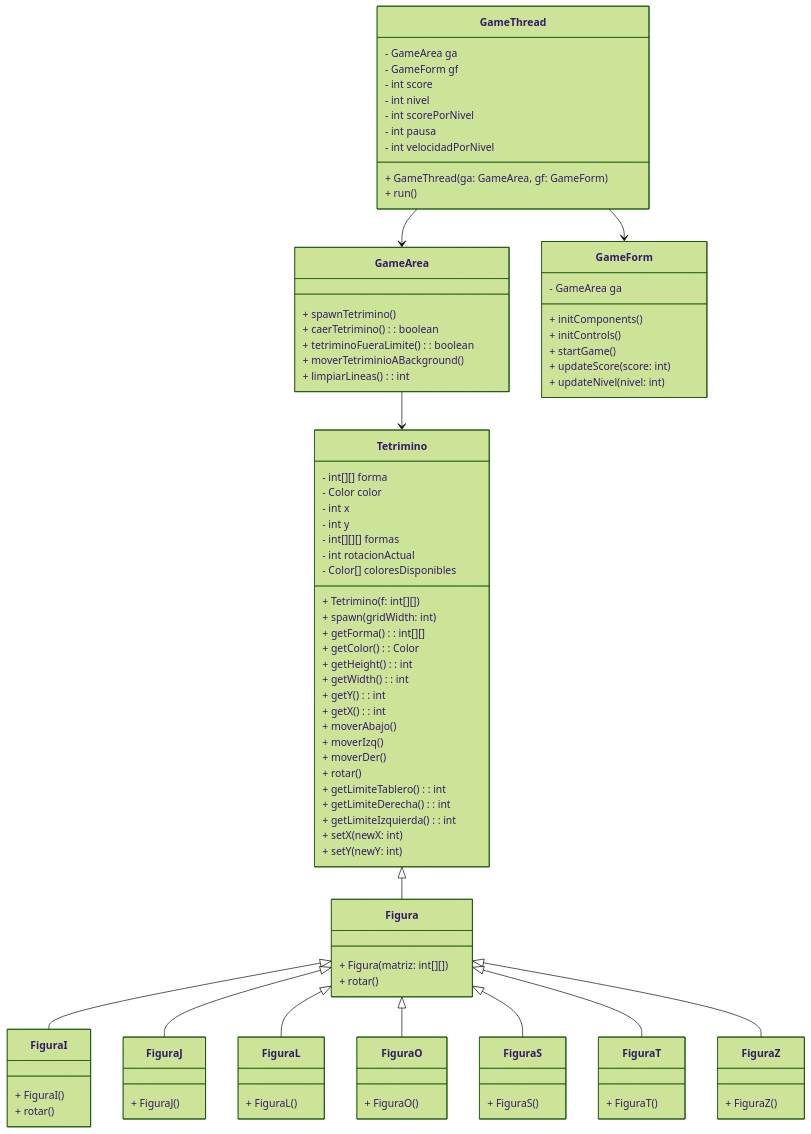
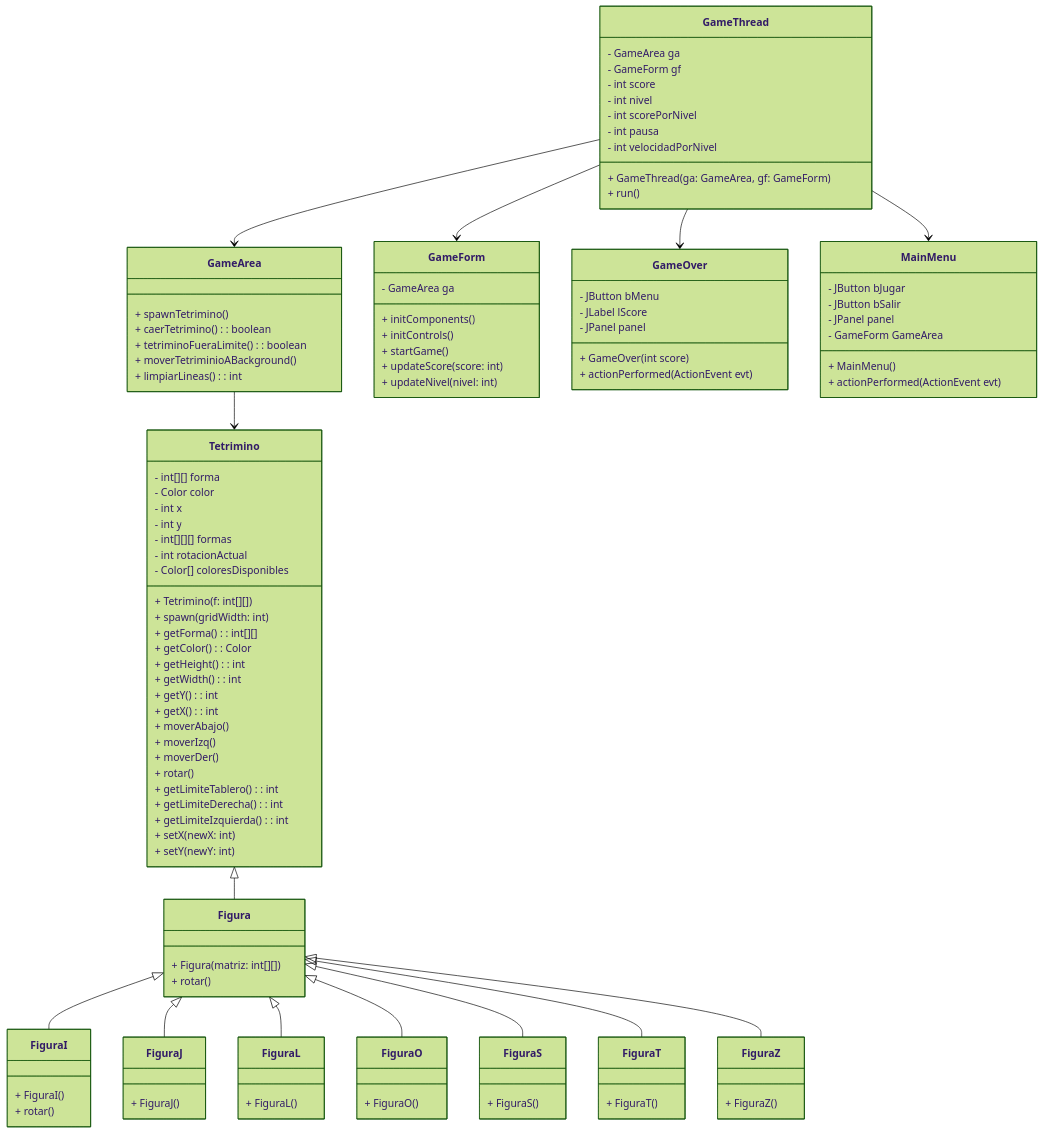
One commit to Lakori4/Tetris changed the diagram in README.md. Above: the diagram before and after it, drawn with Mermaid (forest theme).

````diff
--- a/README.md
+++ b/README.md
@@ -3,4 +3,5 @@
 ```mermaid
+
 classDiagram
     class GameThread {
         - GameArea ga
@@ -29,6 +30,23 @@
         + startGame()
         + updateScore(score: int)
         + updateNivel(nivel: int)
+    }
+
+    class GameOver {
+        - JButton bMenu
+        - JLabel lScore
+        - JPanel panel
+        + GameOver(int score)
+        + actionPerformed(ActionEvent evt)
+    }
+
+    class MainMenu {
+        - JButton bJugar
+        - JButton bSalir
+        - JPanel panel
+        - GameForm GameArea
+        + MainMenu()
+        + actionPerformed(ActionEvent evt)
     }
 
     class Tetrimino {
@@ -94,6 +112,8 @@
 
     GameThread --> GameArea
     GameThread --> GameForm
+    GameThread --> GameOver
+    GameThread --> MainMenu
     GameArea --> Tetrimino
     Tetrimino <|-- Figura 
     Figura <|-- FiguraI
````
